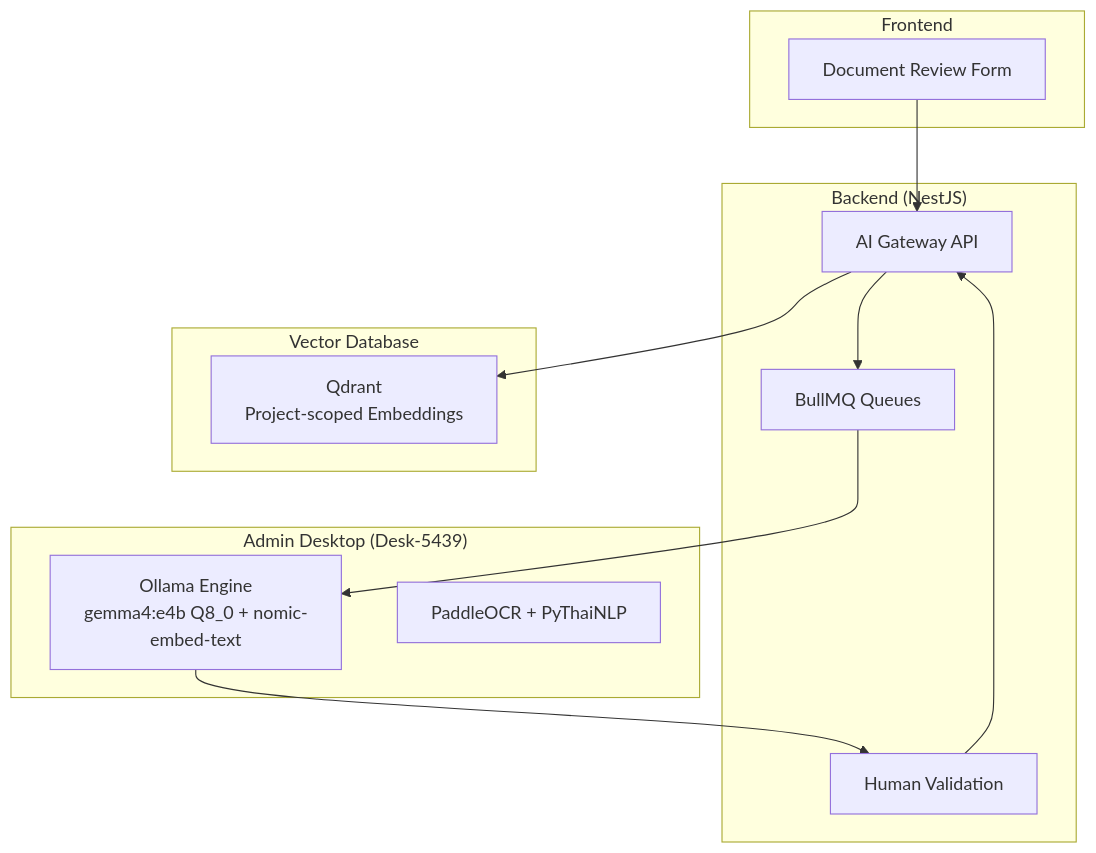
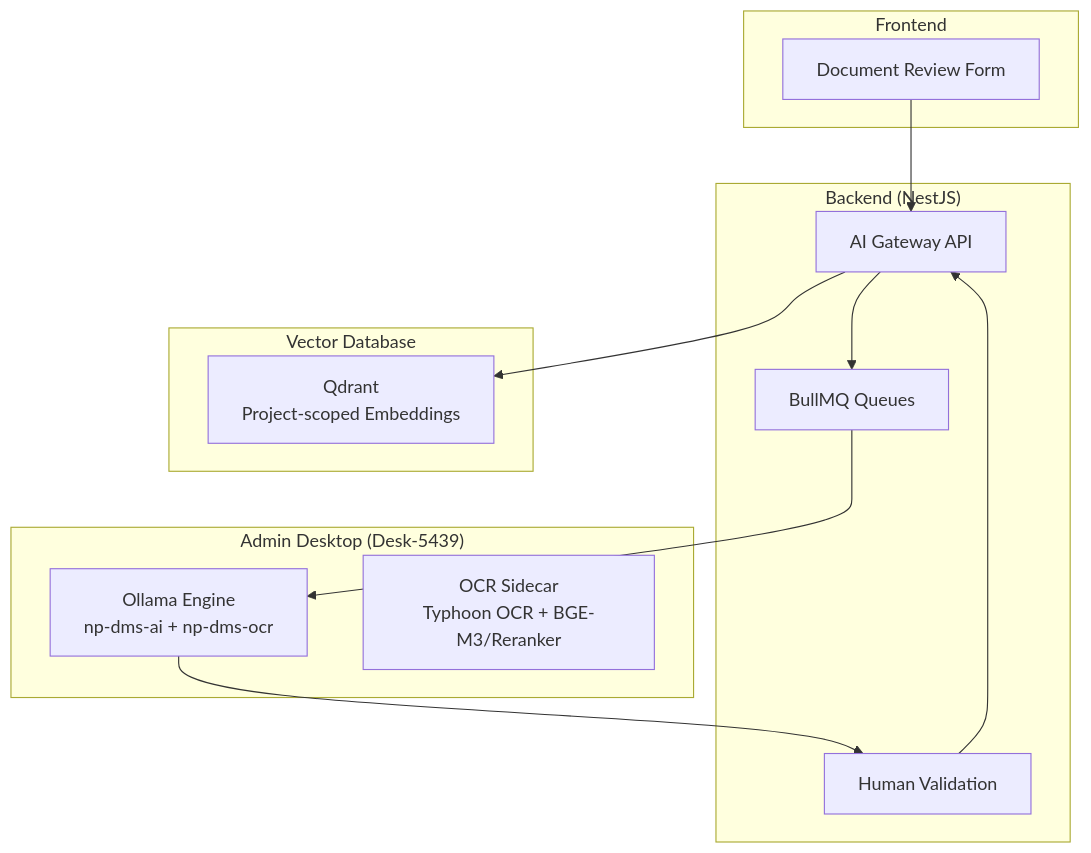
The seventh of 7 diagrams in ARCHITECTURE.md (peancharoen/lcbp3), drawn with Mermaid before and after one commit. The commit also changed other lines of this file and 107 other files, not shown here.

First line of the commit message:
feat(ai): add ADR-036 unified OCR architecture and frontend test coverage

````diff
--- a/ARCHITECTURE.md
+++ b/ARCHITECTURE.md
@@ -462,28 +468,28 @@
 ```mermaid
 graph TB
     subgraph "Frontend"
         UI["Document Review Form"]
     end
 
     subgraph "Backend (NestJS)"
         Gateway["AI Gateway API"]
         Queue["BullMQ Queues"]
         Validation["Human Validation"]
     end
 
     subgraph "Admin Desktop (Desk-5439)"
-        Ollama["Ollama Engine<br/>gemma4:e4b Q8_0 + nomic-embed-text"]
-        OCR["PaddleOCR + PyThaiNLP"]
+        Ollama["Ollama Engine<br/>np-dms-ai + np-dms-ocr"]
+        OCR["OCR Sidecar<br/>Typhoon OCR + BGE-M3/Reranker"]
     end
 
     subgraph "Vector Database"
         Qdrant["Qdrant<br/>Project-scoped Embeddings"]
     end
 
     UI --> Gateway
     Gateway --> Queue
     Queue --> Ollama
     Ollama --> Validation
     Validation --> Gateway
     Gateway --> Qdrant
 ```
````
